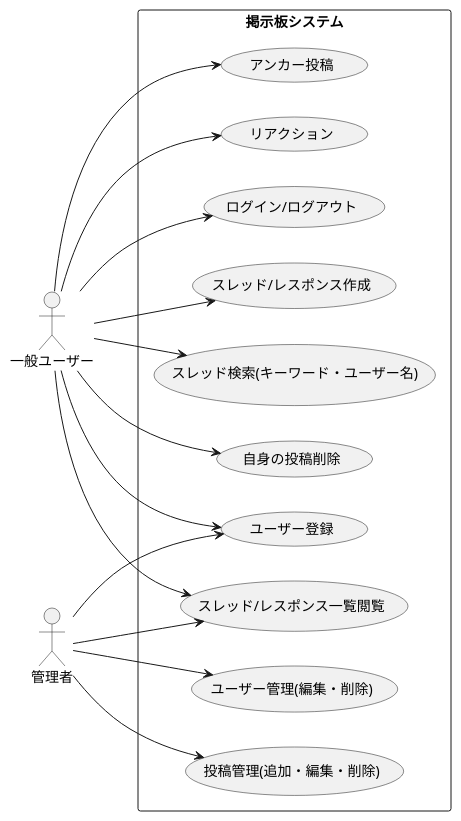
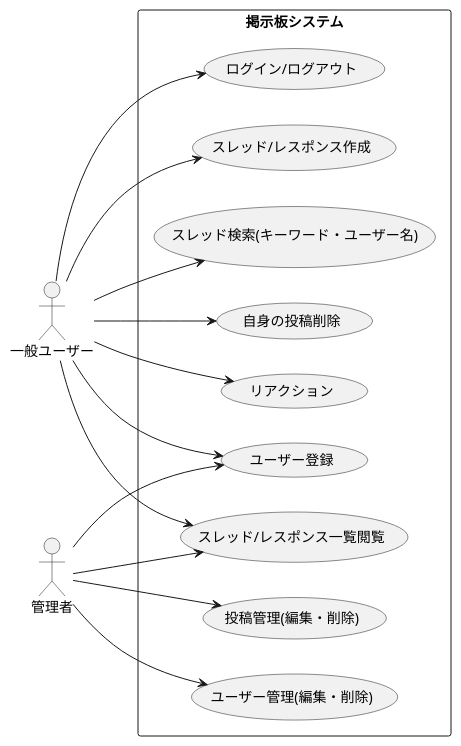
The diagram in docs/設計/diagrams/usecase.puml (nanotech-soya-kousuke/bbs-app), drawn with PlantUML before and after one commit. The commit also changed 11 other files, not shown here.

Commit message:
クラス図・シーケンス図編集

```diff
--- a/docs/設計/diagrams/usecase.puml
+++ b/docs/設計/diagrams/usecase.puml
@@ -1,33 +1,31 @@
 @startuml bbs_usecase
 left to right direction
 
 actor "一般ユーザー" as user
 actor "管理者" as admin
 
 rectangle "掲示板システム" {
   usecase "ユーザー登録" as UC1
   usecase "ログイン/ログアウト" as UC2
   usecase "スレッド/レスポンス一覧閲覧" as UC3
   usecase "スレッド/レスポンス作成" as UC4
   usecase "スレッド検索(キーワード・ユーザー名)" as UC5
   usecase "自身の投稿削除" as UC6
-  usecase "アンカー投稿" as UC7
   usecase "リアクション" as UC8
   usecase "ユーザー管理(編集・削除)" as UC9
-  usecase "投稿管理(追加・編集・削除)" as UC10
+  usecase "投稿管理(編集・削除)" as UC10
 }
 
 user --> UC1
 user --> UC2
 user --> UC3
 user --> UC4
 user --> UC5
 user --> UC6
-user --> UC7
 user --> UC8
 
 admin --> UC1
 admin --> UC3
 admin --> UC9
 admin --> UC10
 @enduml
```
